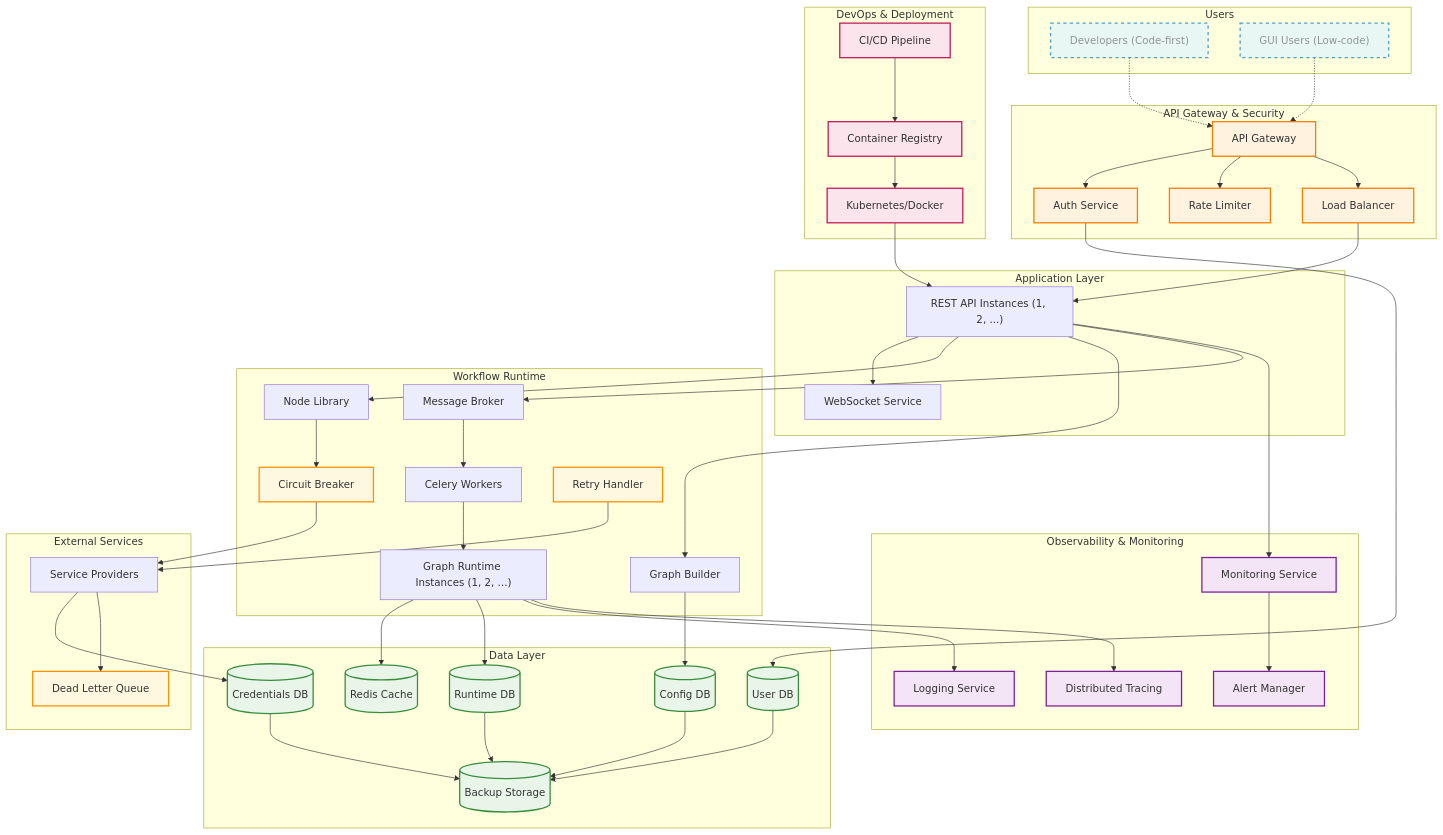
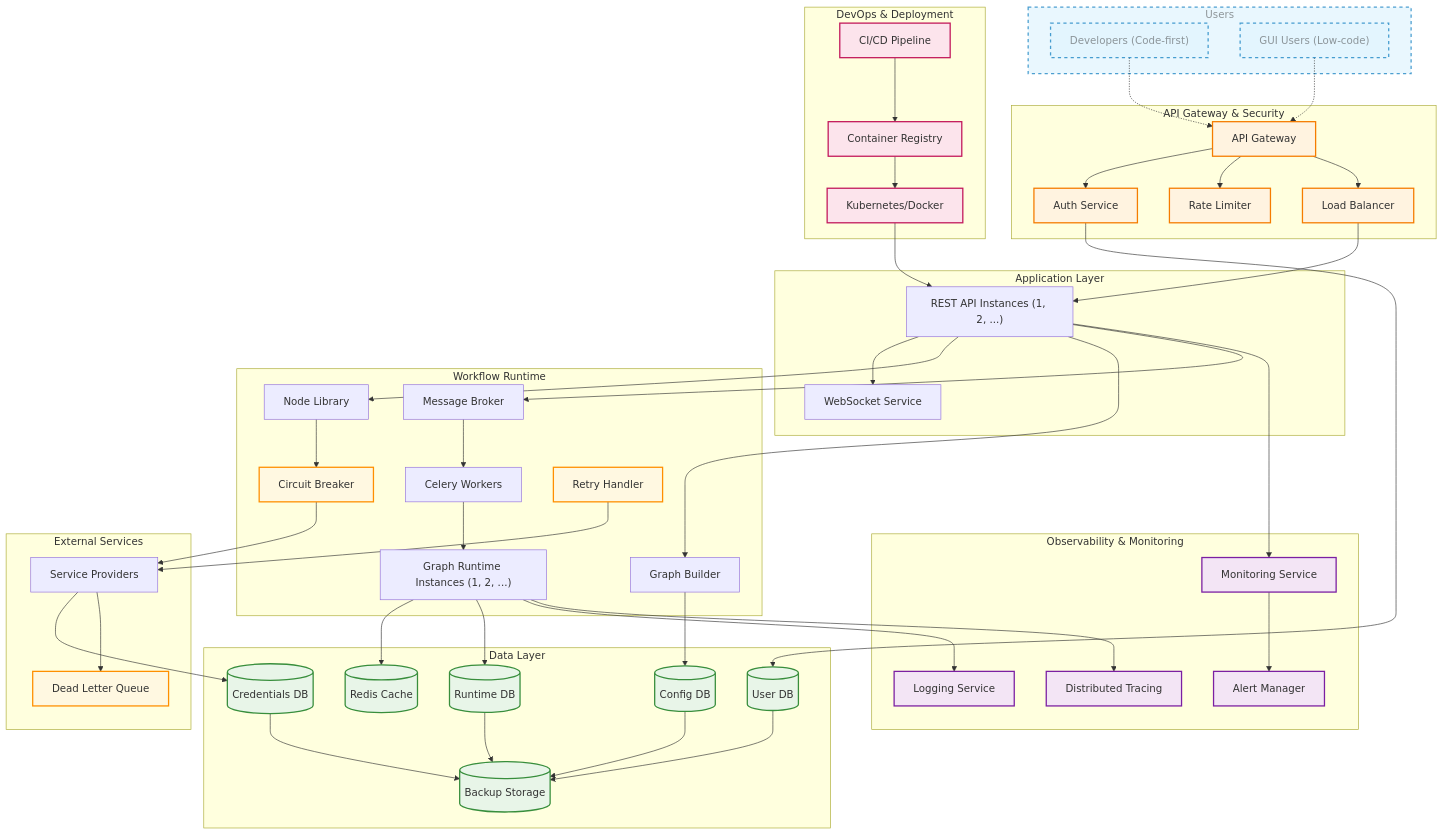
The first of 2 diagrams in docs/designs/architecture.md (ShaojieJiang/orcheo), drawn with Mermaid before and after one commit. The commit also changed other lines of this file, not shown here.

Commit message:
Add frontend architecture

```diff
--- a/docs/designs/architecture.md
+++ b/docs/designs/architecture.md
@@ -109,7 +109,7 @@
     classDef devopsNodes fill:#fce4ec,stroke:#c2185b,stroke-width:2px
     classDef reliabilityNodes fill:#fff8e1,stroke:#ff8f00,stroke-width:2px
 
-    class Developers,GUIUsers userNodes
+    class Developers,GUIUsers,Users userNodes
     class Gateway,Auth,RateLimit,LB securityNodes
     class Monitoring,Logging,Tracing,AlertManager observabilityNodes
     class Cache,ConfigDB,RuntimeDB,UserDB,BackupDB,CredentialsDB dataNodes
```
